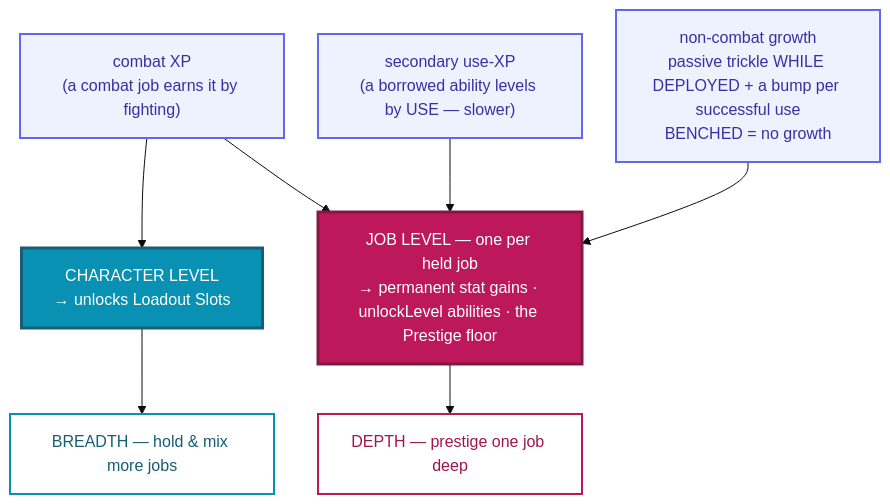
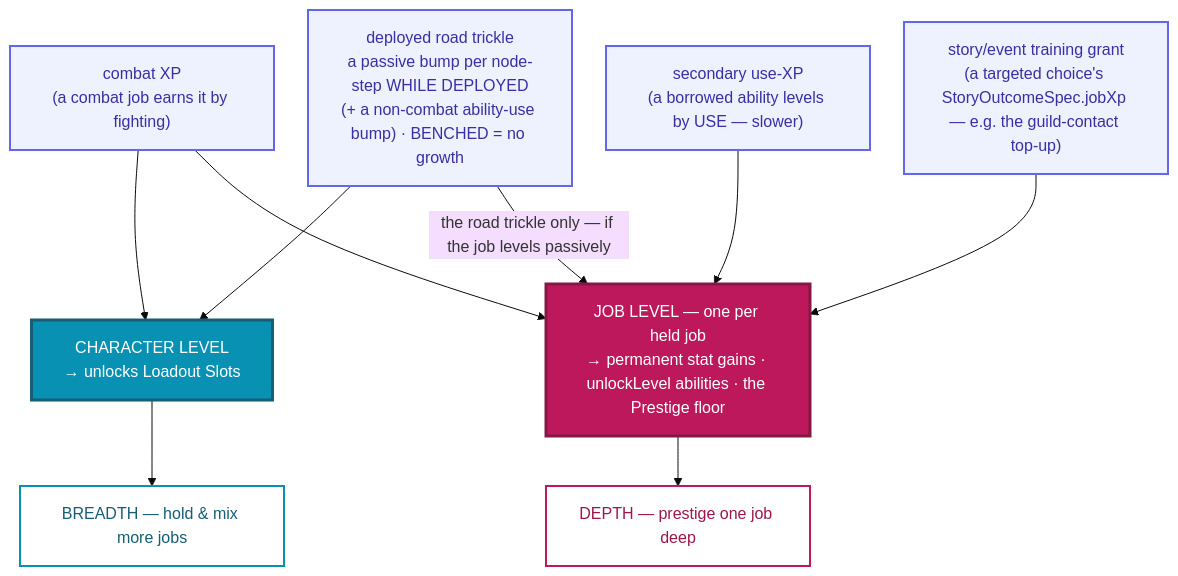
One commit to goplemms/campfire-tactics changed the diagram in docs/design/atlas/jobs/07-leveling.md. Above: the diagram before and after it, drawn with Mermaid. The commit also changed other lines of this file and 9 other files, not shown here.

````diff
--- a/docs/design/atlas/jobs/07-leveling.md
+++ b/docs/design/atlas/jobs/07-leveling.md
@@ -7,26 +7,29 @@
 ```mermaid
 %%{init: {'theme':'base','themeVariables':{'fontSize':'16px','fontFamily':'ui-sans-serif, system-ui, sans-serif'},'flowchart':{'nodeSpacing':34,'rankSpacing':50,'padding':16}}}%%
 flowchart TB
   COMBATXP["combat XP<br/>(a combat job earns it by fighting)"]:::src
   USEXP["secondary use-XP<br/>(a borrowed ability levels by USE — slower)"]:::src
-  NCXP["non-combat growth<br/>passive trickle WHILE DEPLOYED + a bump per successful use<br/>BENCHED = no growth"]:::src
+  NCXP["deployed road trickle<br/>a passive bump per node-step WHILE DEPLOYED<br/>(+ a non-combat ability-use bump) · BENCHED = no growth"]:::src
+  STORYXP["story/event training grant<br/>(a targeted choice's StoryOutcomeSpec.jobXp — e.g. the guild-contact top-up)"]:::src
 
   CHARLVL["CHARACTER LEVEL<br/>→ unlocks Loadout Slots"]:::char
   JOBLVL["JOB LEVEL — one per held job<br/>→ permanent stat gains · unlockLevel abilities · the Prestige floor"]:::job
 
   BREADTH["BREADTH — hold &amp; mix more jobs"]:::breadth
   DEPTH["DEPTH — prestige one job deep"]:::depth
 
   COMBATXP --> CHARLVL
   COMBATXP --> JOBLVL
   USEXP --> JOBLVL
-  NCXP --> JOBLVL
+  NCXP --> CHARLVL
+  NCXP -->|"the road trickle only — if the job levels passively"| JOBLVL
+  STORYXP --> JOBLVL
   CHARLVL --> BREADTH
   JOBLVL --> DEPTH
 
   classDef src fill:#EEF2FF,color:#3730A3,stroke:#6366F1,stroke-width:2px
   classDef char fill:#0891B2,color:#ffffff,stroke:#155E75,stroke-width:3px
   classDef job fill:#BE185D,color:#ffffff,stroke:#831843,stroke-width:3px
   classDef breadth fill:#ffffff,color:#155E75,stroke:#0891B2,stroke-width:2px
   classDef depth fill:#ffffff,color:#9D174D,stroke:#BE185D,stroke-width:2px
 ```
````
